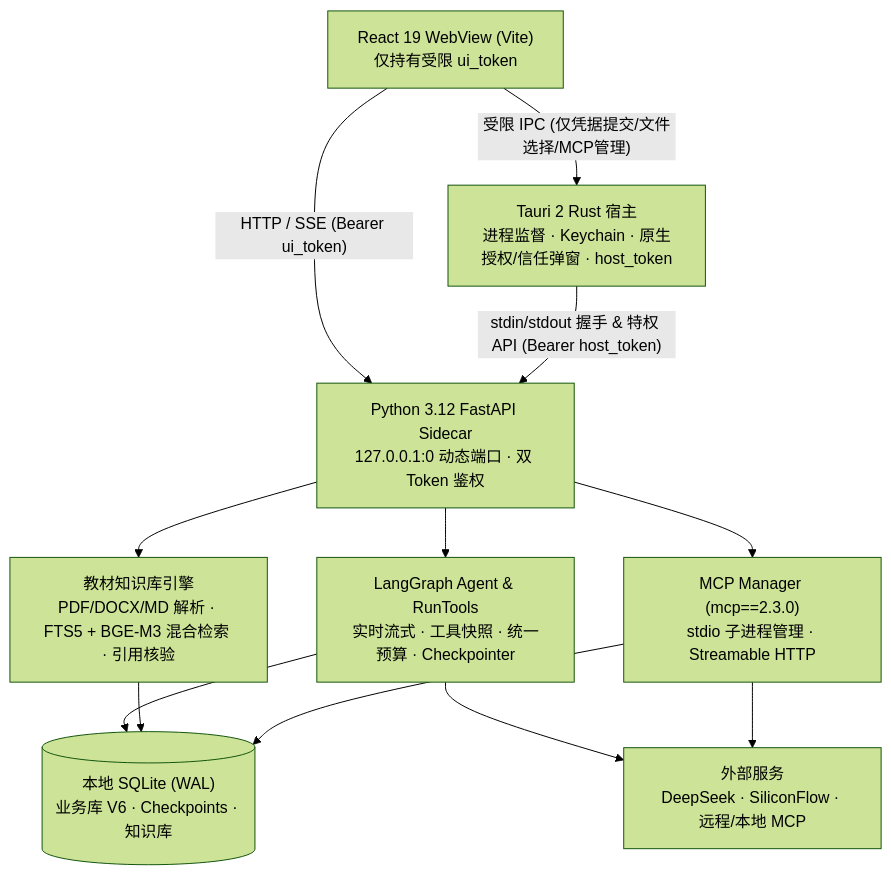
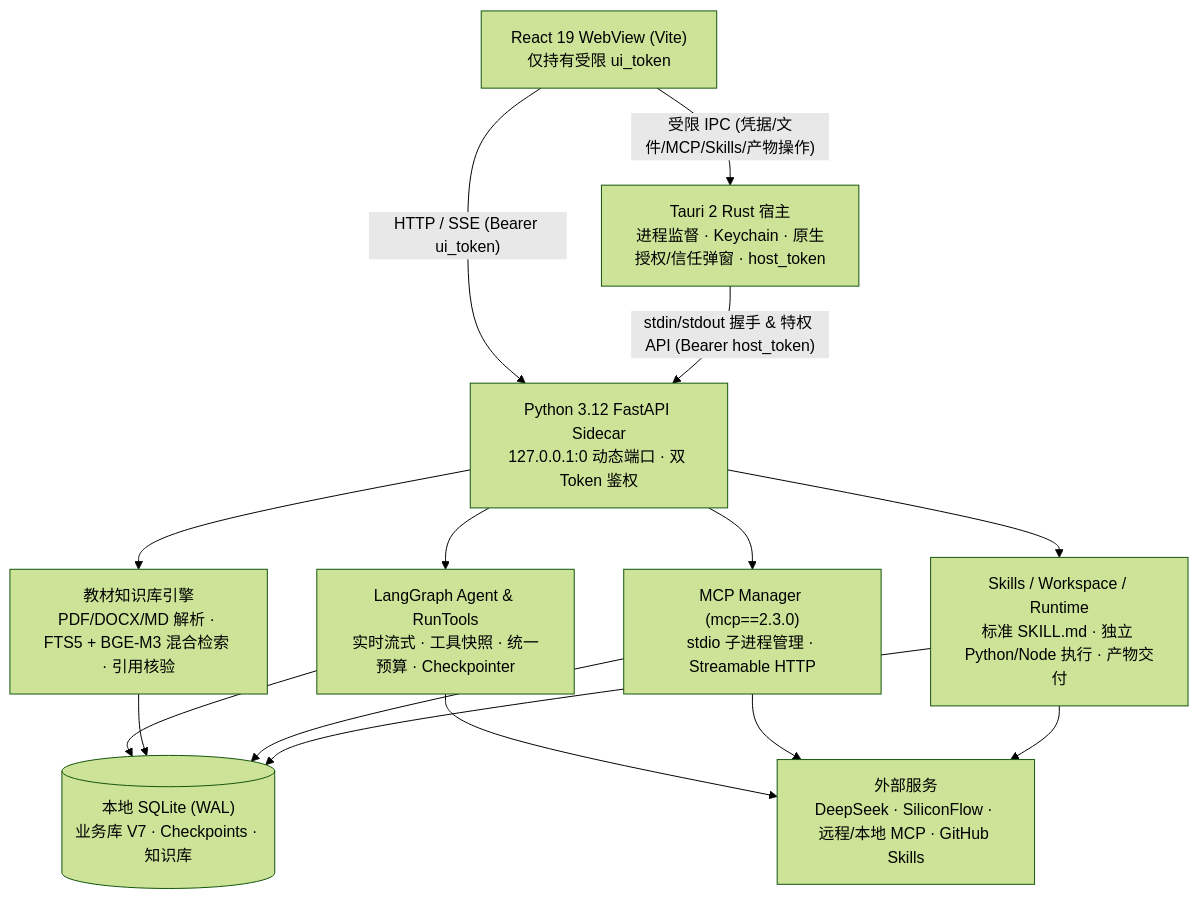
The diagram in README.md (lanyanyayaya-byte/-agent), drawn with Mermaid (forest theme) before and after one commit. The commit also changed other lines of this file and 81 other files, not shown here.

Commit message:
Release v0.4.0: Workspace, independent Runtime, Agent Skills, and GitHub Skills import

````diff
--- a/README.md
+++ b/README.md
@@ -81,23 +90,27 @@
 ```mermaid
 flowchart TD
     UI["React 19 WebView (Vite)\n仅持有受限 ui_token"]
     HOST["Tauri 2 Rust 宿主\n进程监督 · Keychain · 原生授权/信任弹窗 · host_token"]
     SIDECAR["Python 3.12 FastAPI Sidecar\n127.0.0.1:0 动态端口 · 双 Token 鉴权"]
     AGENT["LangGraph Agent & RunTools\n实时流式 · 工具快照 · 统一预算 · Checkpointer"]
     RAG["教材知识库引擎\nPDF/DOCX/MD 解析 · FTS5 + BGE-M3 混合检索 · 引用核验"]
     MCP["MCP Manager (mcp==2.3.0)\nstdio 子进程管理 · Streamable HTTP"]
-    DB[("本地 SQLite (WAL)\n业务库 V6 · Checkpoints · 知识库")]
-    EXT["外部服务\nDeepSeek · SiliconFlow · 远程/本地 MCP"]
+    SKILLS["Skills / Workspace / Runtime\n标准 SKILL.md · 独立 Python/Node 执行 · 产物交付"]
+    DB[("本地 SQLite (WAL)\n业务库 V7 · Checkpoints · 知识库")]
+    EXT["外部服务\nDeepSeek · SiliconFlow · 远程/本地 MCP · GitHub Skills"]
 
-    UI -- "受限 IPC (仅凭据提交/文件选择/MCP管理)" --> HOST
+    UI -- "受限 IPC (凭据/文件/MCP/Skills/产物操作)" --> HOST
     UI -- "HTTP / SSE (Bearer ui_token)" --> SIDECAR
     HOST -- "stdin/stdout 握手 & 特权 API (Bearer host_token)" --> SIDECAR
     SIDECAR --> AGENT
     SIDECAR --> RAG
     SIDECAR --> MCP
+    SIDECAR --> SKILLS
     AGENT --> DB
     RAG --> DB
     MCP --> DB
+    SKILLS --> DB
     AGENT --> EXT
     MCP --> EXT
+    SKILLS --> EXT
 ```
````
